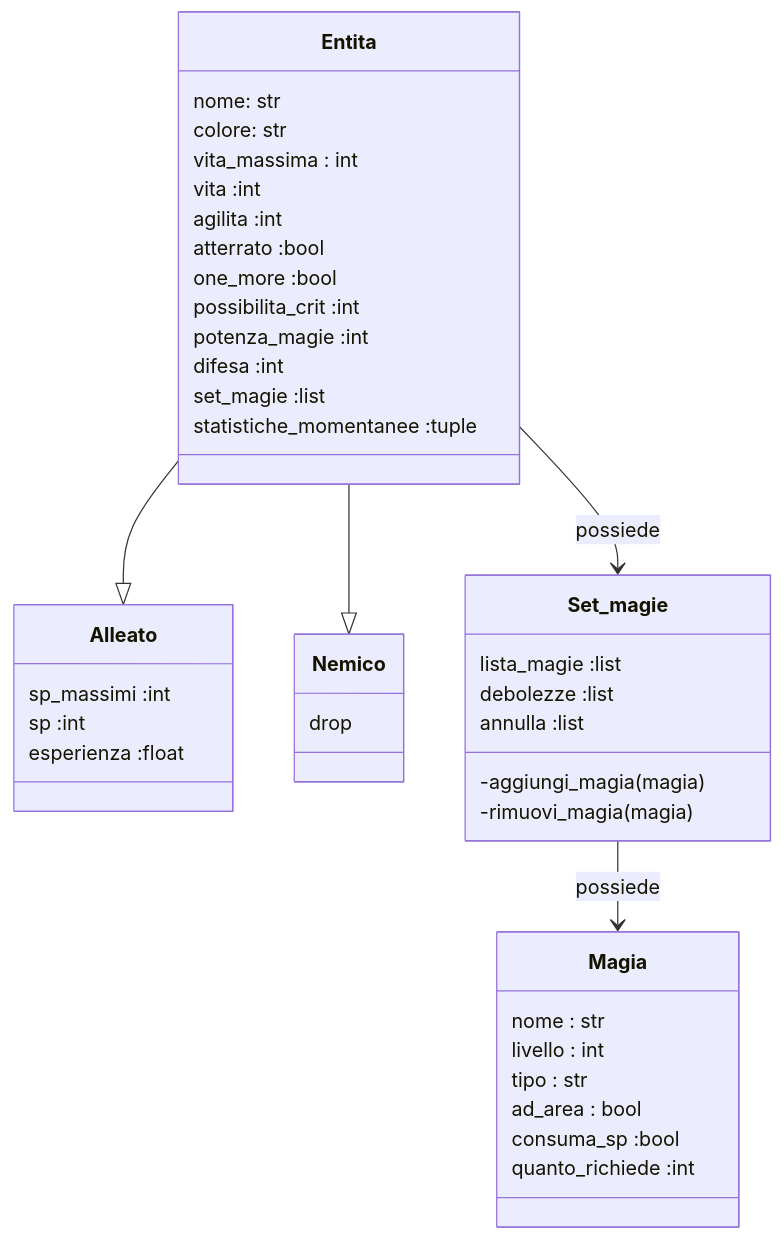
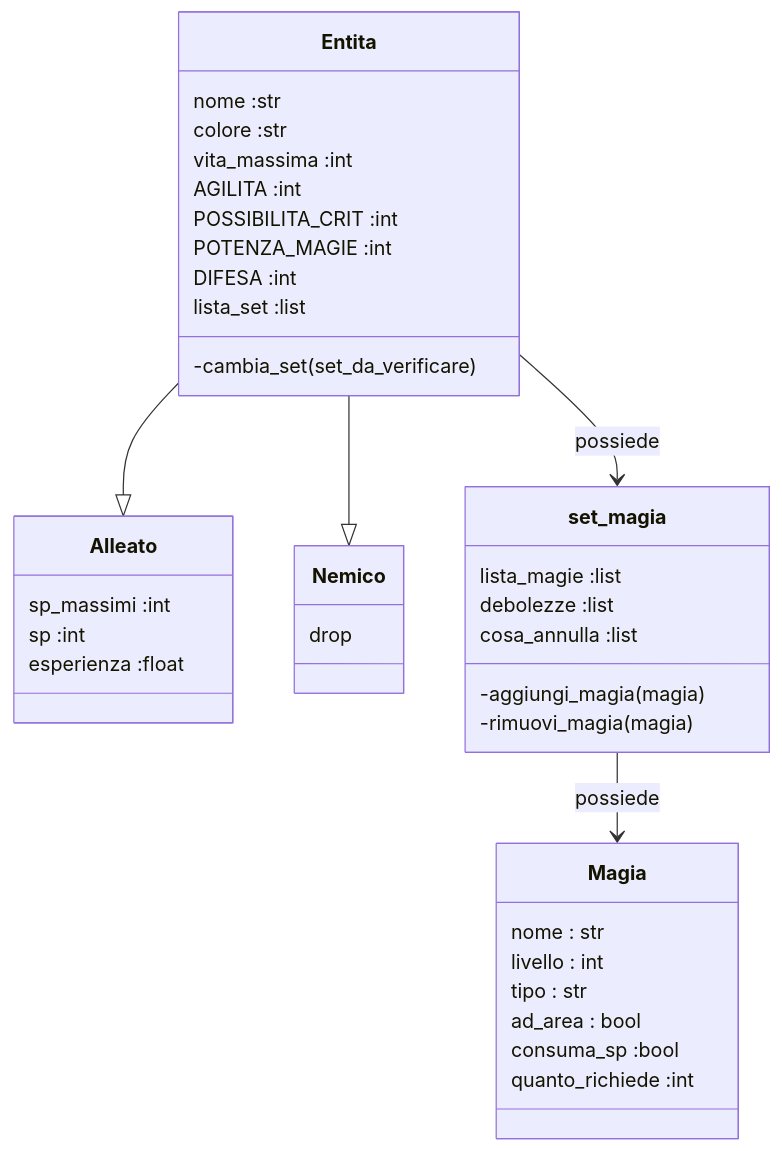
The diagram in uml/game_logic.md (MarcoArlotti/A_simple_JRPG_on_the_CMD_RE-COMMITTED), drawn with Mermaid before and after one commit. The commit also changed 2 other files, not shown here.

Commit message:
fix and started testing the classes

````diff
--- a/uml/game_logic.md
+++ b/uml/game_logic.md
@@ -1,50 +1,46 @@
 ```mermaid
 classDiagram
 Entita --|> Alleato
 Entita --|> Nemico
-Entita --> Set_magie :possiede
-Set_magie --> Magia :possiede
+Entita --> set_magia :possiede
+set_magia --> Magia :possiede
 
 class Entita {
-    nome: str
-    colore: str
-    vita_massima : int
-    vita :int
-    agilita :int
-    atterrato :bool
-    one_more :bool
-    possibilita_crit :int
-    potenza_magie :int
-    difesa :int
-    set_magie :list
-    statistiche_momentanee :tuple
-
+    nome :str
+    colore :str
+    vita_massima :int
+    AGILITA :int
+    POSSIBILITA_CRIT :int
+    POTENZA_MAGIE :int
+    DIFESA :int
+    lista_set :list
+    -cambia_set(set_da_verificare)
 }
 
 class Alleato {
     sp_massimi :int
     sp :int
     esperienza :float
 }
 
 class Nemico{
     drop
 }
 
-class Set_magie {
+class set_magia {
     lista_magie :list
     debolezze :list
-    annulla :list
+    cosa_annulla :list
     -aggiungi_magia(magia)
     -rimuovi_magia(magia)
 }
 
 class Magia {
     nome : str
     livello : int
     tipo : str
     ad_area : bool
     consuma_sp :bool
     quanto_richiede :int
 }
 ```
````
